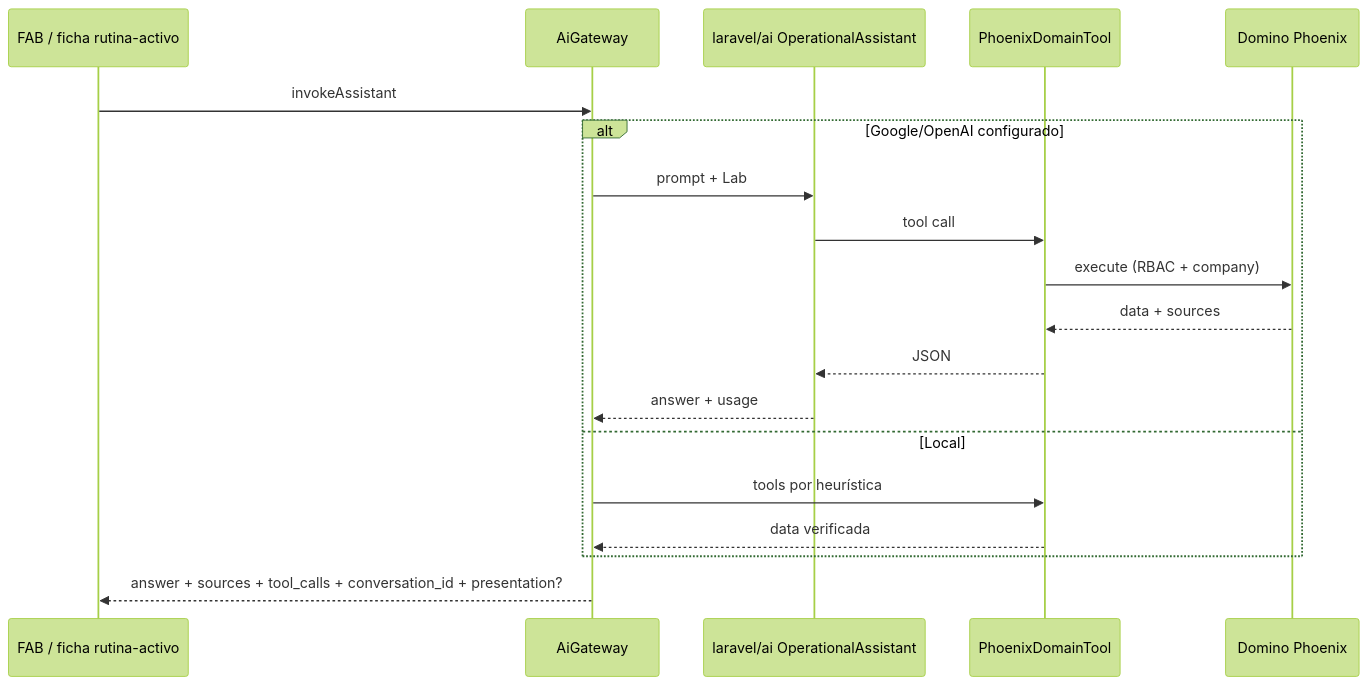
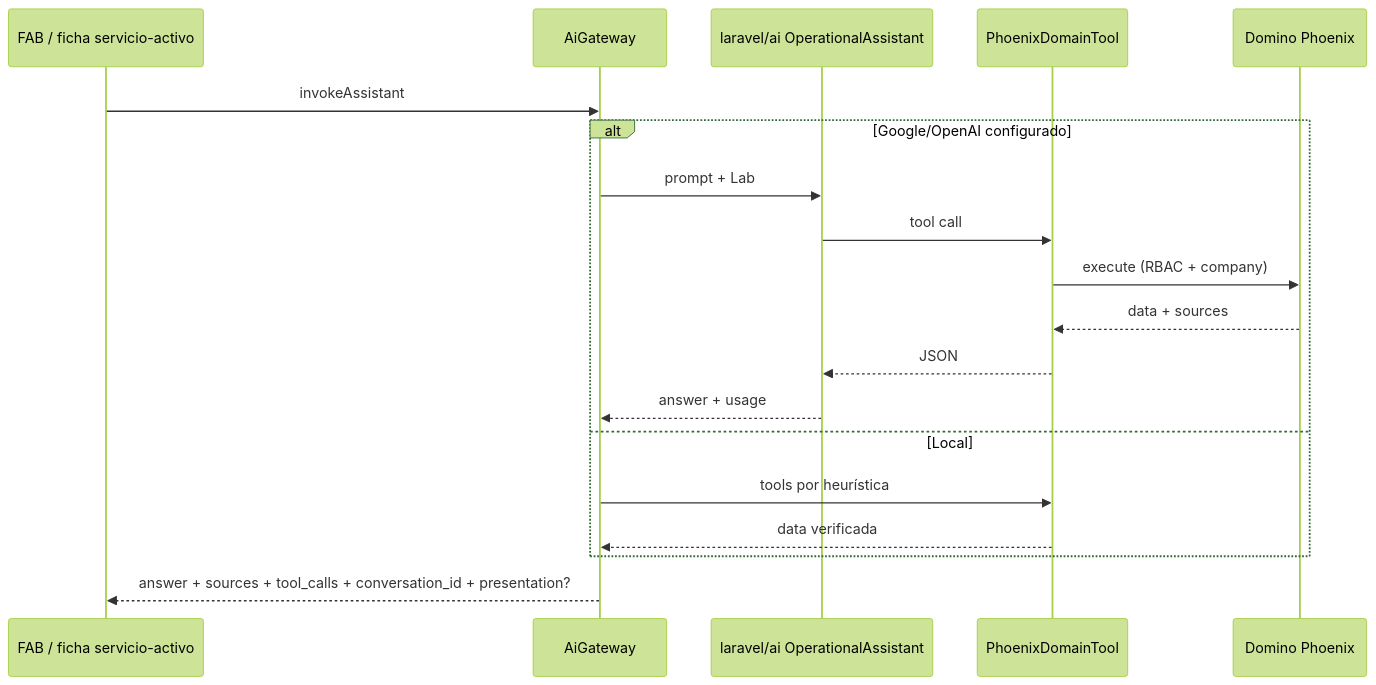
The diagram in openspec/architecture/ai-gateway.md (Adrian247/noah), drawn with Mermaid (forest theme) before and after one commit. The commit also changed other lines of this file and 279 other files, not shown here.

````diff
--- a/openspec/architecture/ai-gateway.md
+++ b/openspec/architecture/ai-gateway.md
@@ -51,21 +51,21 @@
 ```mermaid
 sequenceDiagram
-  participant UI as FAB / ficha rutina-activo
+  participant UI as FAB / ficha servicio-activo
   participant G as AiGateway
   participant L as laravel/ai OperationalAssistant
   participant T as PhoenixDomainTool
   participant D as Domino Phoenix
   UI->>G: invokeAssistant
   alt Google/OpenAI configurado
     G->>L: prompt + Lab
     L->>T: tool call
     T->>D: execute (RBAC + company)
     D-->>T: data + sources
     T-->>L: JSON
     L-->>G: answer + usage
   else Local
     G->>T: tools por heurística
     T-->>G: data verificada
   end
   G-->>UI: answer + sources + tool_calls + conversation_id + presentation?
 ```
````
